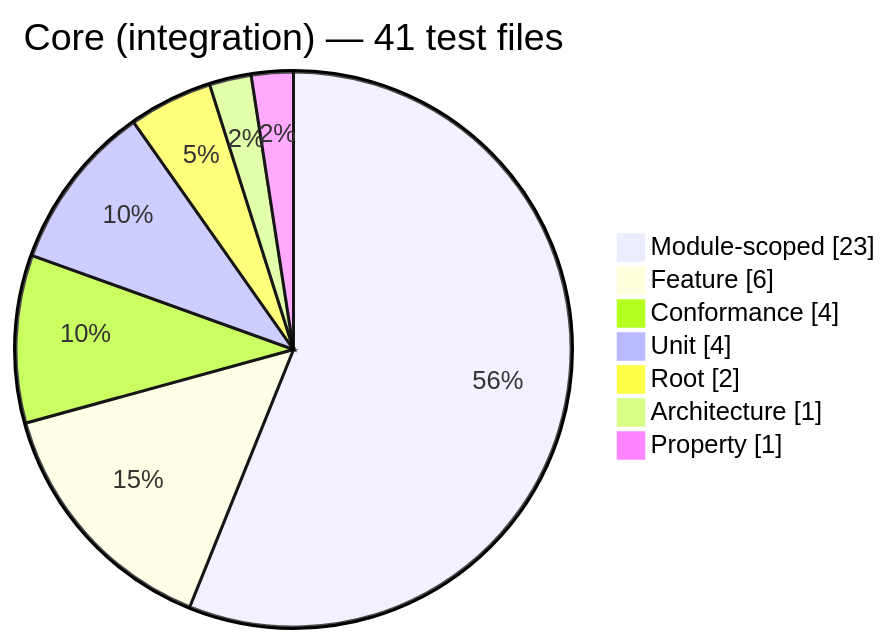
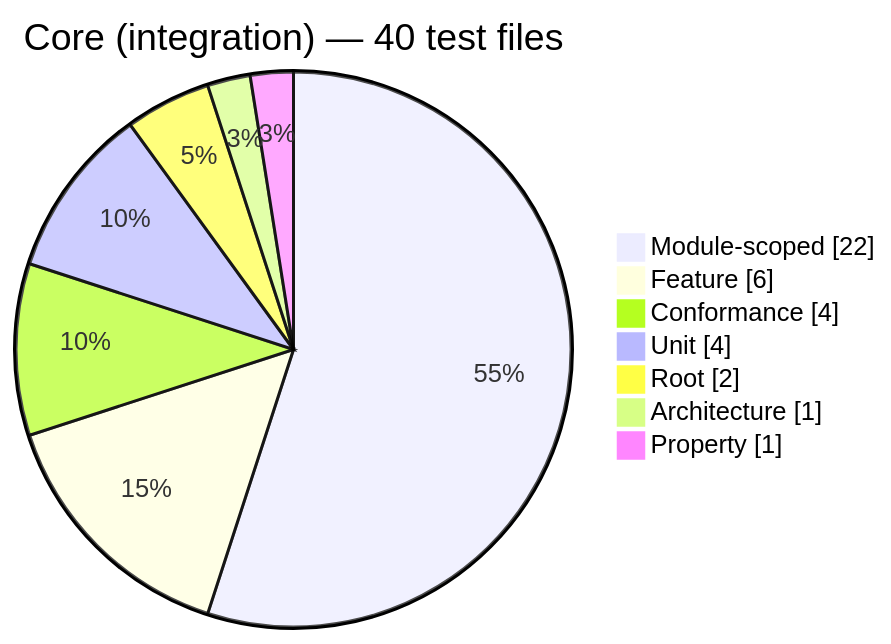
One commit to PHP-Arazzo/php-arazzo changed diagram 13 of 13 in docs/generated/test-composition.md. Above: the diagram before and after it, drawn with Mermaid. The commit also changed other lines of this file and 43 other files, not shown here.

````diff
--- a/docs/generated/test-composition.md
+++ b/docs/generated/test-composition.md
@@ -196,11 +196,11 @@
 ```mermaid
 pie showData
-    title Core (integration) — 41 test files
-    "Module-scoped": 23
+    title Core (integration) — 40 test files
+    "Module-scoped": 22
     "Feature": 6
     "Conformance": 4
     "Unit": 4
     "Root": 2
     "Architecture": 1
     "Property": 1
 ```
````
